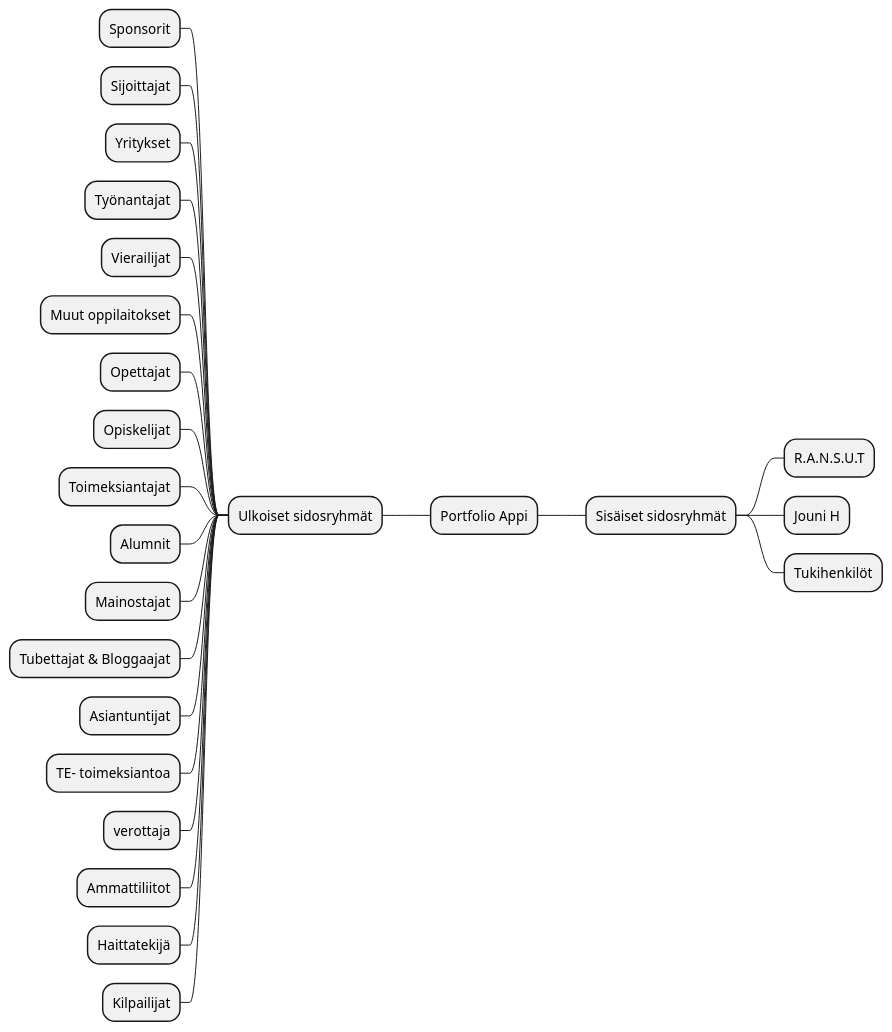
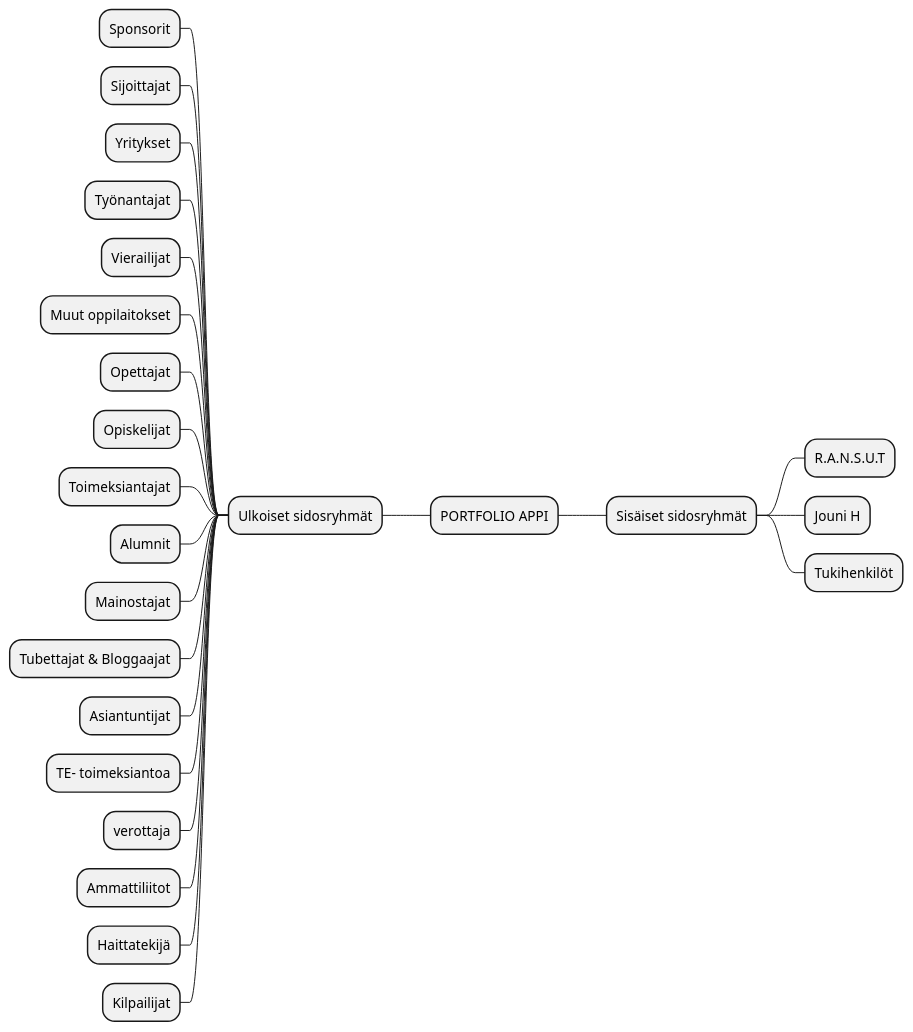
Before and after one commit to ninaleo/ransut-core: the second of 6 diagrams in dokumentit/20-Vaatimustenhallinta/vaatimusmaaritely-tiivis.md, drawn with PlantUML.

````diff
--- a/dokumentit/20-Vaatimustenhallinta/vaatimusmaaritely-tiivis.md
+++ b/dokumentit/20-Vaatimustenhallinta/vaatimusmaaritely-tiivis.md
@@ -68,28 +68,28 @@
 ```plantuml
 @startmindmap
-+ Portfolio Appi
++ PORTFOLIO APPI
 ++ Sisäiset sidosryhmät
 +++ R.A.N.S.U.T
 +++ Jouni H
 +++ Tukihenkilöt
 -- Ulkoiset sidosryhmät
 --- Sponsorit
 --- Sijoittajat
 --- Yritykset
 --- Työnantajat
 --- Vierailijat
 --- Muut oppilaitokset
 --- Opettajat
 --- Opiskelijat
 --- Toimeksiantajat
 --- Alumnit
 --- Mainostajat
 --- Tubettajat & Bloggaajat
 --- Asiantuntijat
 --- TE- toimeksiantoa
 --- verottaja
 --- Ammattiliitot
 --- Haittatekijä
 --- Kilpailijat
 @endmindmap
 ```
````
